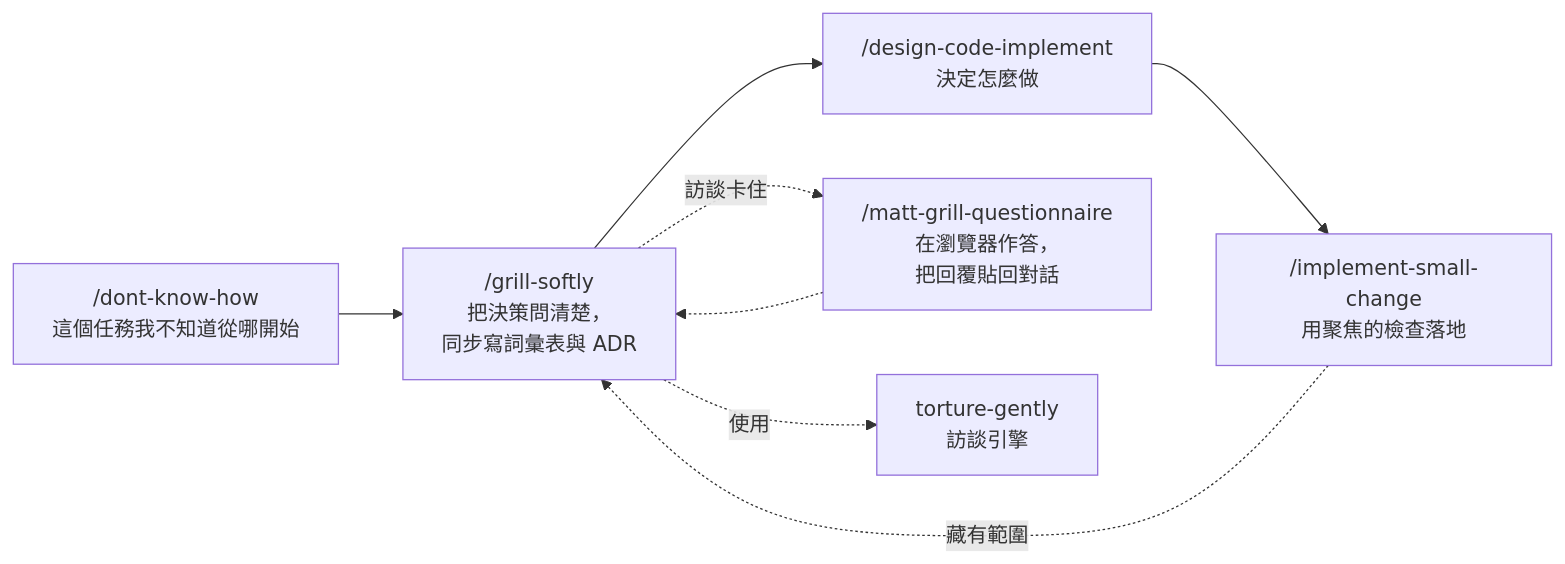
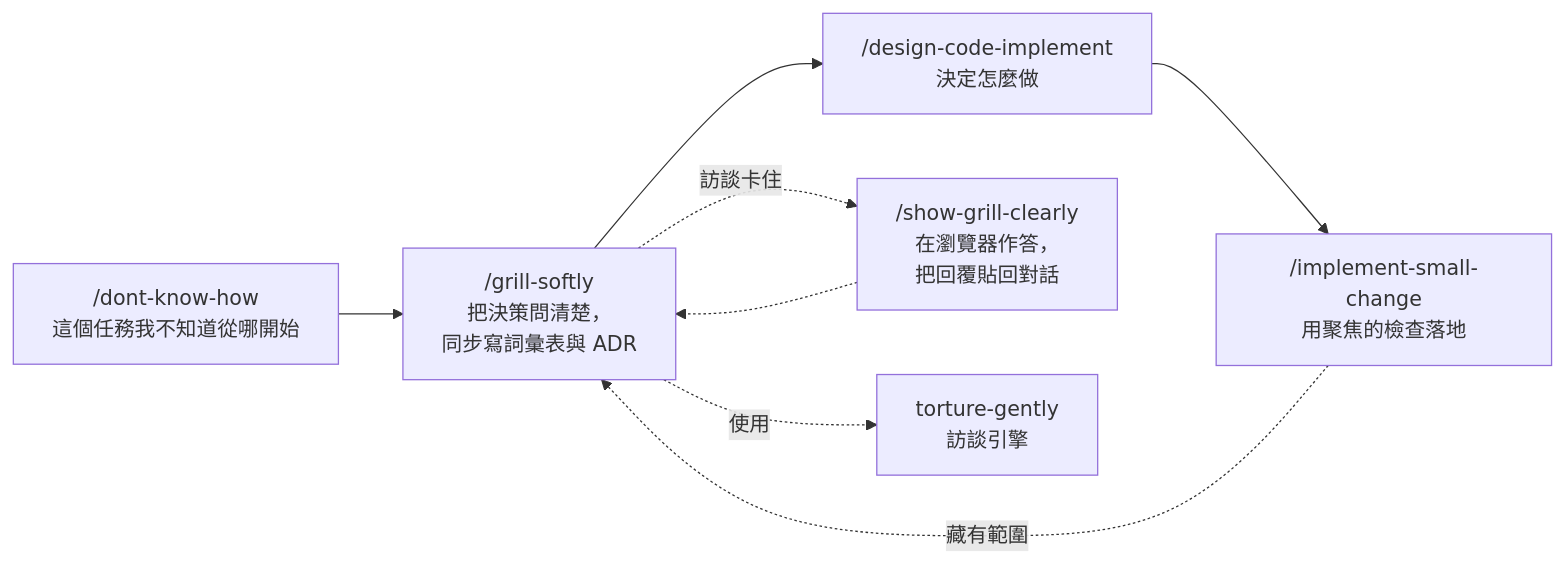
Before and after one commit to GUOJIE-HONG/skills: the diagram in README.zh-TW.md, drawn with Mermaid. The commit also changed other lines of this file and 11 other files, not shown here.

First line of the commit message:
refactor: 將 matt-grill-questionnaire 改名為 show-grill-clearly 並更新 GitHub 帳號

````diff
--- a/README.zh-TW.md
+++ b/README.zh-TW.md
@@ -67,10 +66,10 @@
 ```mermaid
 flowchart LR
     A["/dont-know-how<br/>這個任務我不知道從哪開始"] --> B["/grill-softly<br/>把決策問清楚，<br/>同步寫詞彙表與 ADR"]
     B --> C["/design-code-implement<br/>決定怎麼做"]
     C --> D["/implement-small-change<br/>用聚焦的檢查落地"]
-    B -. 訪談卡住 .-> E["/matt-grill-questionnaire<br/>在瀏覽器作答，<br/>把回覆貼回對話"]
+    B -. 訪談卡住 .-> E["/show-grill-clearly<br/>在瀏覽器作答，<br/>把回覆貼回對話"]
     E -.-> B
     B -. 使用 .-> F["torture-gently<br/>訪談引擎"]
     D -. 藏有範圍 .-> B
 ```
````
